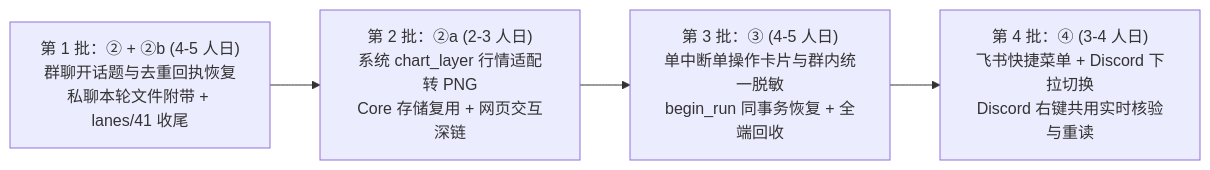
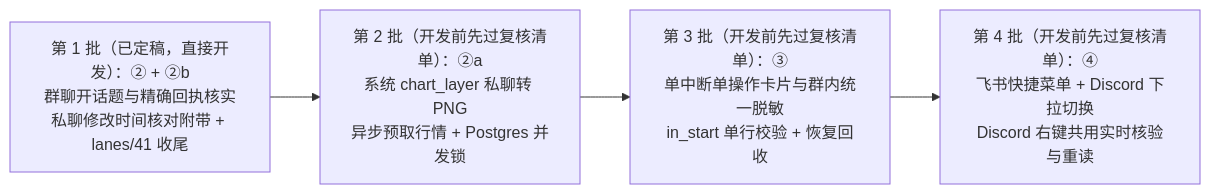
The diagram in docs/dalton/features/channel-phase2.md (everflowinv/dalton-langalpha), drawn with Mermaid before and after one commit. The commit also changed other lines of this file, not shown here.

````diff
--- a/docs/dalton/features/channel-phase2.md
+++ b/docs/dalton/features/channel-phase2.md
@@ -666,6 +682,6 @@
 ```mermaid
 flowchart LR
-    B1["第 1 批：② + ②b (4-5 人日)<br/>群聊开话题与去重回执恢复<br/>私聊本轮文件附带 + lanes/41 收尾"] --> B2["第 2 批：②a (2-3 人日)<br/>系统 chart_layer 行情适配转 PNG<br/>Core 存储复用 + 网页交互深链"]
-    B2 --> B3["第 3 批：③ (4-5 人日)<br/>单中断单操作卡片与群内统一脱敏<br/>begin_run 同事务恢复 + 全端回收"]
-    B3 --> B4["第 4 批：④ (3-4 人日)<br/>飞书快捷菜单 + Discord 下拉切换<br/>Discord 右键共用实时核验与重读"]
+    B1["第 1 批（已定稿，直接开发）：② + ②b<br/>群聊开话题与精确回执核实<br/>私聊修改时间核对附带 + lanes/41 收尾"] --> B2["第 2 批（开发前先过复核清单）：②a<br/>系统 chart_layer 私聊转 PNG<br/>异步预取行情 + Postgres 并发锁"]
+    B2 --> B3["第 3 批（开发前先过复核清单）：③<br/>单中断单操作卡片与群内统一脱敏<br/>in_start 单行校验 + 恢复回收"]
+    B3 --> B4["第 4 批（开发前先过复核清单）：④<br/>飞书快捷菜单 + Discord 下拉切换<br/>Discord 右键共用实时核验与重读"]
 ```
````
